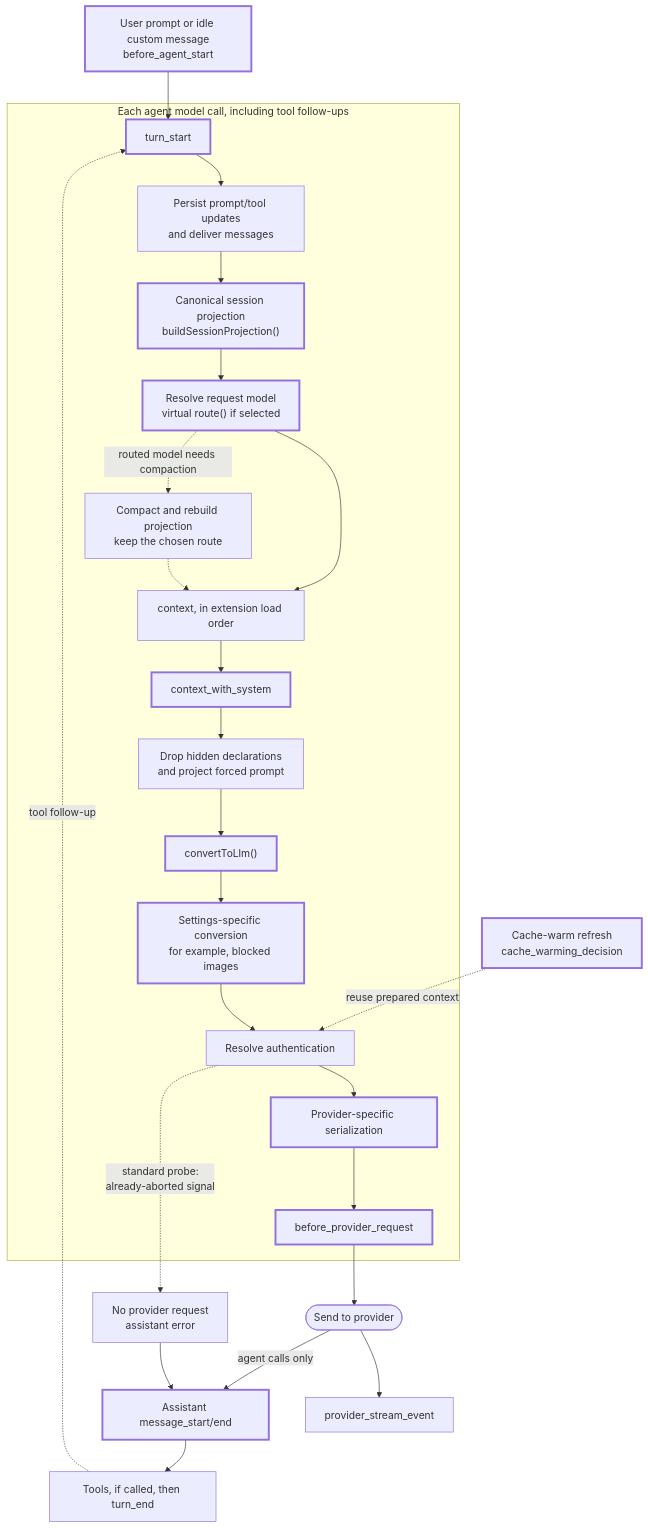
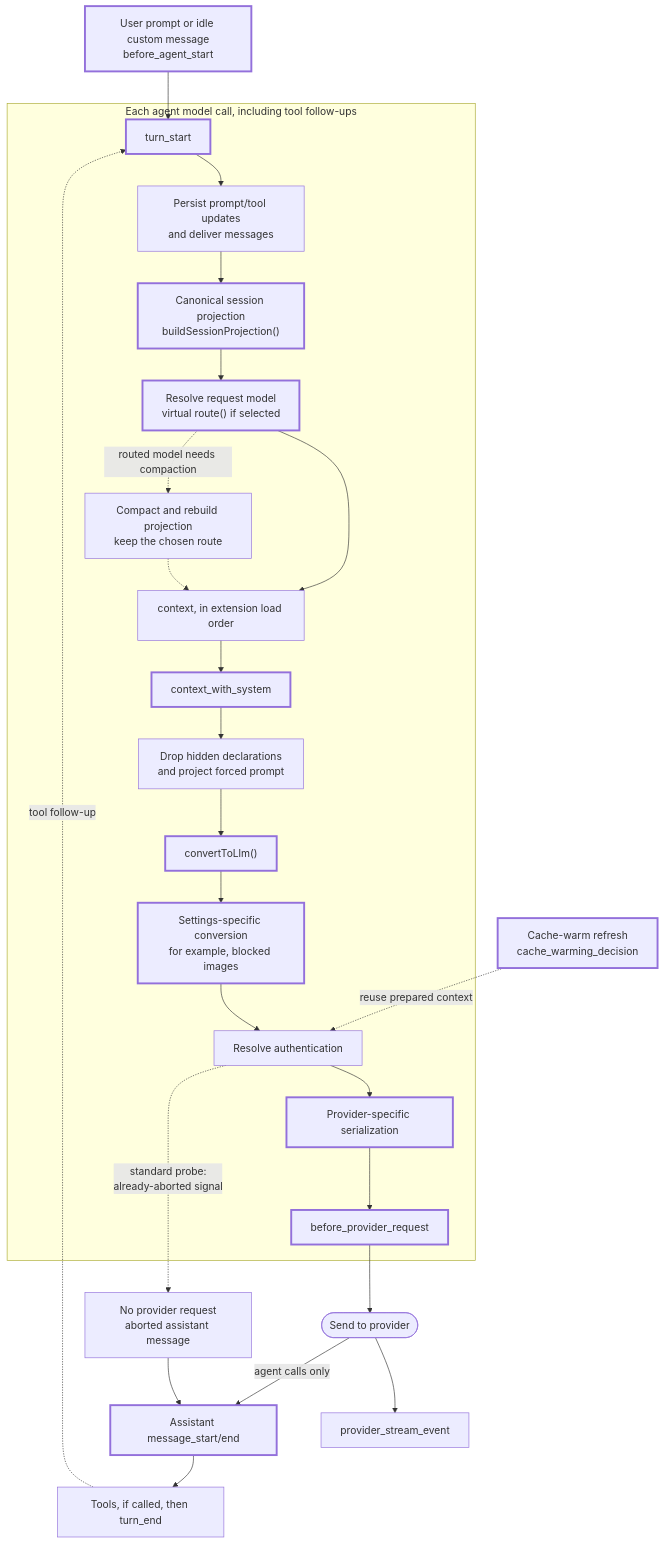
The diagram in doc/architecture/pi-requests.md (dimk90/pi-context-view), drawn with Mermaid before and after one commit. The commit also changed other lines of this file and 1 other file, not shown here.

Commit message:
[doc] Recheck request flow against Pi 1.5.2

````diff
--- a/doc/architecture/pi-requests.md
+++ b/doc/architecture/pi-requests.md
@@ -18,36 +18,36 @@
 ```mermaid
 flowchart TD
     BEFORE["User prompt or idle custom message<br/>before_agent_start"]
     subgraph REQUEST["Each agent model call, including tool follow-ups"]
         TURN["turn_start"]
         MESSAGES["Persist prompt/tool updates<br/>and deliver messages"]
         BASE["Canonical session projection<br/>buildSessionProjection()"]
         MODEL["Resolve request model<br/>virtual route() if selected"]
         COMPACT["Compact and rebuild projection<br/>keep the chosen route"]
         CONTEXT["context, in extension load order"]
         TRANSCRIPT["context_with_system"]
         PROJECT["Drop hidden declarations<br/>and project forced prompt"]
         CONVERT["convertToLlm()"]
         SETTINGS["Settings-specific conversion<br/>for example, blocked images"]
         AUTH["Resolve authentication"]
         SERIALIZE["Provider-specific serialization"]
         PAYLOAD["before_provider_request"]
         TURN --> MESSAGES --> BASE --> MODEL --> CONTEXT
         CONTEXT --> TRANSCRIPT --> PROJECT --> CONVERT --> SETTINGS --> AUTH
         AUTH --> SERIALIZE --> PAYLOAD
         MODEL -.->|"routed model needs compaction"| COMPACT
         COMPACT -.-> CONTEXT
     end
     BEFORE --> TURN
-    AUTH -.->|"standard probe:<br/>already-aborted signal"| ABORT["No provider request<br/>assistant error"]
+    AUTH -.->|"standard probe:<br/>already-aborted signal"| ABORT["No provider request<br/>aborted assistant message"]
     ABORT --> ASSISTANT["Assistant message_start/end"]
     WARM["Cache-warm refresh<br/>cache_warming_decision"] -.->|"reuse prepared context"| AUTH
     PAYLOAD --> PROVIDER(["Send to provider"])
     PROVIDER --> STREAM["provider_stream_event"]
     PROVIDER -->|"agent calls only"| ASSISTANT
     ASSISTANT --> FINISH["Tools, if called, then turn_end"]
     FINISH -.->|"tool follow-up"| TURN
 
     classDef used stroke-width:3px
     class BEFORE,TURN,BASE,MODEL,TRANSCRIPT,CONVERT,SETTINGS,SERIALIZE,PAYLOAD,ASSISTANT,WARM used
 ```
````
